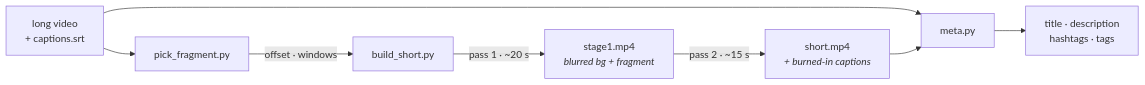
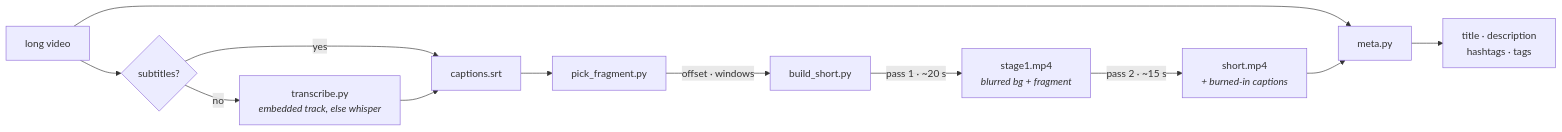
One commit to maricoree/long-to-short-skill changed the diagram in README.md. Above: the diagram before and after it, drawn with Mermaid. The commit also changed other lines of this file and 8 other files, not shown here.

````diff
--- a/README.md
+++ b/README.md
@@ -122,10 +227,14 @@
 ```mermaid
 flowchart LR
-    SRC["long video<br/>+ captions.srt"] --> PICK["pick_fragment.py"]
+    SRC["long video"] --> HAS{"subtitles?"}
+    HAS -->|"yes"| SRT["captions.srt"]
+    HAS -->|"no"| TR["transcribe.py<br/><i>embedded track, else whisper</i>"]
+    TR --> SRT
+    SRT --> PICK["pick_fragment.py"]
     PICK -->|"offset · windows"| BUILD["build_short.py"]
     BUILD -->|"pass 1 · ~20 s"| ST1["stage1.mp4<br/><i>blurred bg + fragment</i>"]
     ST1 -->|"pass 2 · ~15 s"| OUT["short.mp4<br/><i>+ burned-in captions</i>"]
     SRC --> META["meta.py"]
     OUT --> META
     META --> MD["title · description<br/>hashtags · tags"]
 ```
````
